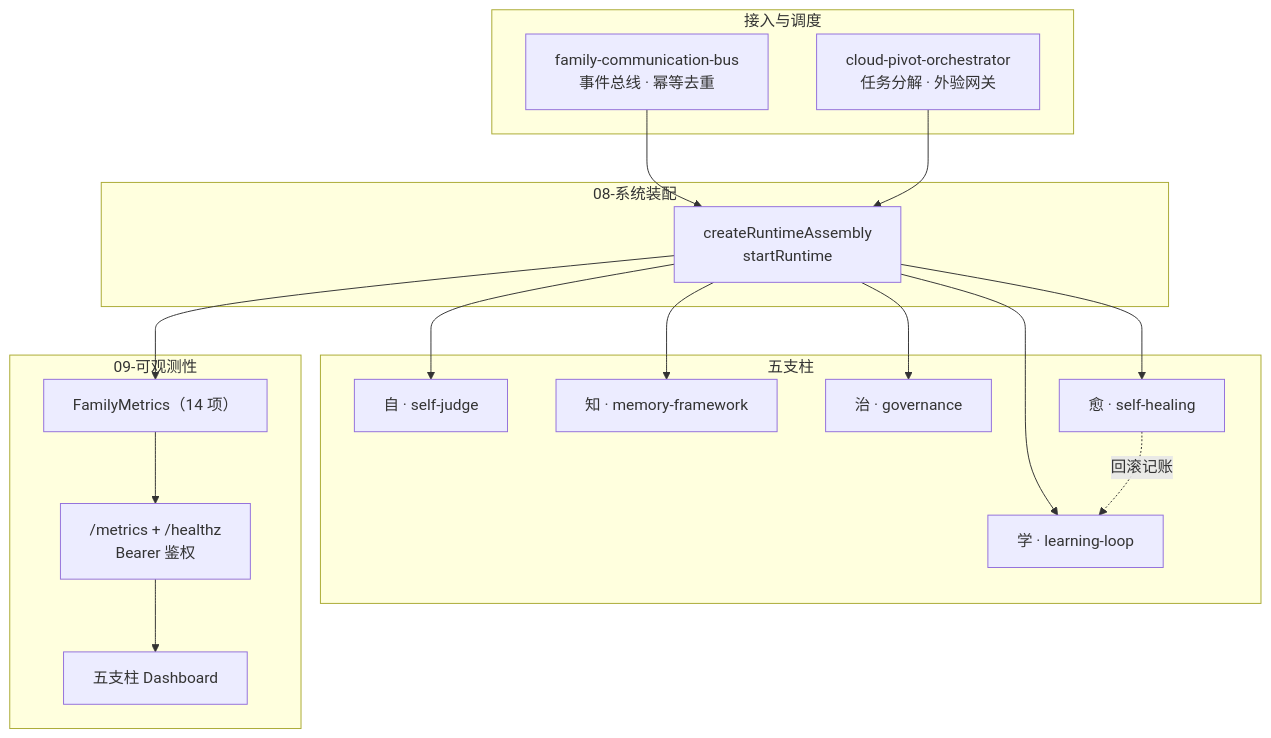
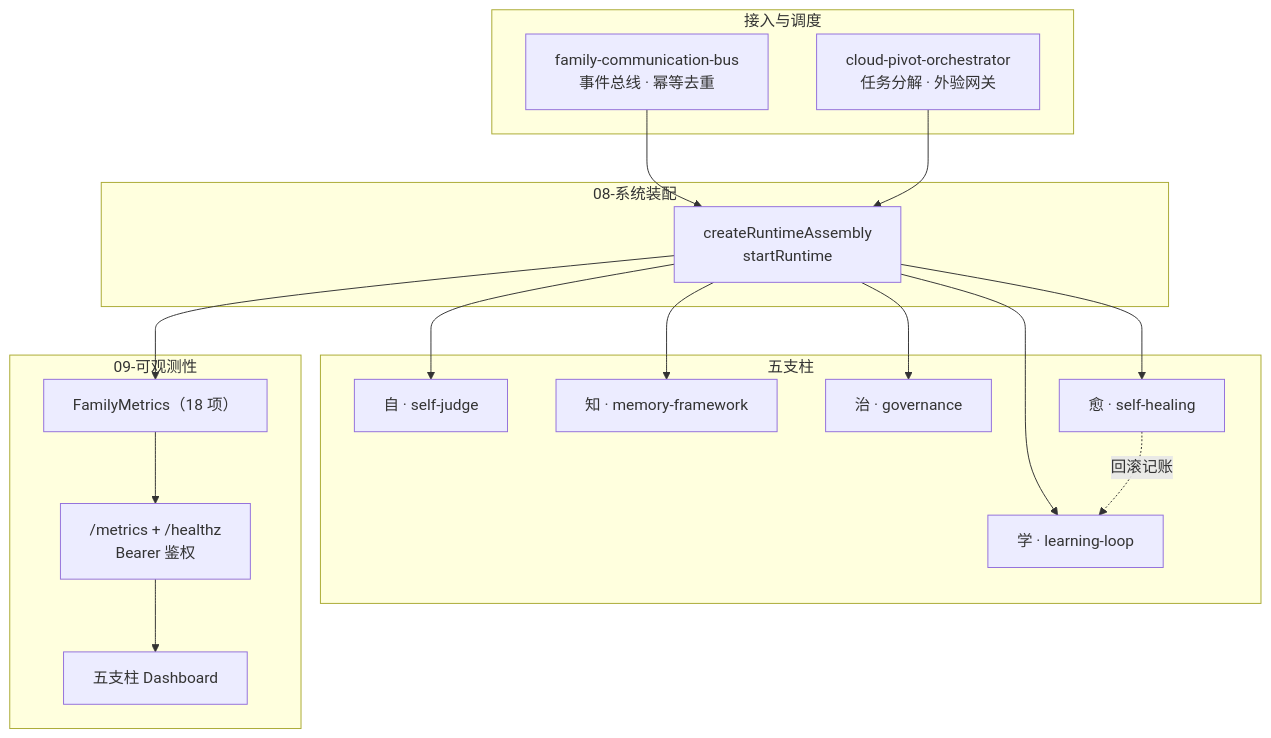
Before and after one commit to YYC-Cube/YYC3-AI-Family-Agents: the first of 2 diagrams in README.md, drawn with Mermaid. The commit also changed other lines of this file and 388 other files, not shown here.

````diff
--- a/README.md
+++ b/README.md
@@ -65,32 +82,32 @@
 ```mermaid
 flowchart TB
     subgraph L1["接入与调度"]
         BUS["family-communication-bus<br/>事件总线 · 幂等去重"]
         ORCH["cloud-pivot-orchestrator<br/>任务分解 · 外验网关"]
     end
 
     subgraph P["五支柱"]
         S["自 · self-judge"]
         M["知 · memory-framework"]
         L["学 · learning-loop"]
         G["治 · governance"]
         H["愈 · self-healing"]
     end
 
     subgraph ASM["08-系统装配"]
         A["createRuntimeAssembly<br/>startRuntime"]
     end
 
     subgraph OBS["09-可观测性"]
-        MTR["FamilyMetrics（14 项）"]
+        MTR["FamilyMetrics（18 项）"]
         SRV["/metrics + /healthz<br/>Bearer 鉴权"]
         DASH["五支柱 Dashboard"]
     end
 
     BUS --> A
     ORCH --> A
     A --> S & M & L & G & H
     A --> MTR --> SRV
     SRV --> DASH
     H -. 回滚记账 .-> L
 ```
````
